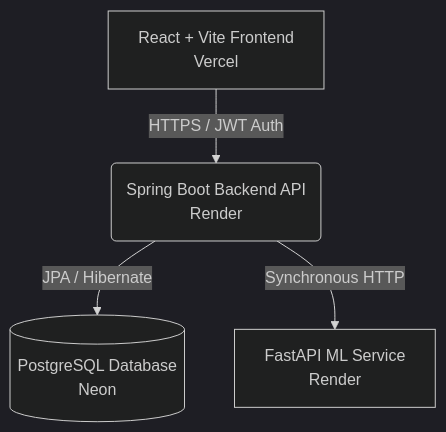
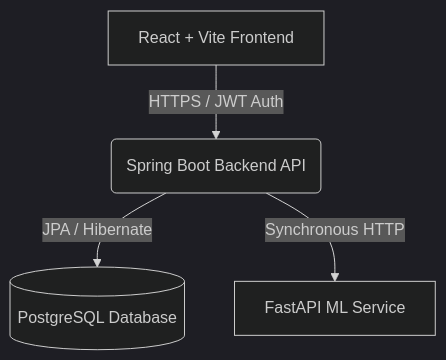
One commit to hariprakasharulmani/luminahealth-ai-platform changed the diagram in README.md. Above: the diagram before and after it, drawn with Mermaid (dark theme). The commit also changed other lines of this file and 5 other files, not shown here.

````diff
--- a/README.md
+++ b/README.md
@@ -29,6 +28,6 @@
 ```mermaid
 graph TD
-    A[React + Vite Frontend\nVercel] -->|HTTPS / JWT Auth| B(Spring Boot Backend API\nRender)
-    B -->|JPA / Hibernate| C[(PostgreSQL Database\nNeon)]
-    B -->|Synchronous HTTP| D[FastAPI ML Service\nRender]
+    A[React + Vite Frontend] -->|HTTPS / JWT Auth| B(Spring Boot Backend API)
+    B -->|JPA / Hibernate| C[(PostgreSQL Database)]
+    B -->|Synchronous HTTP| D[FastAPI ML Service]
 ```
````
